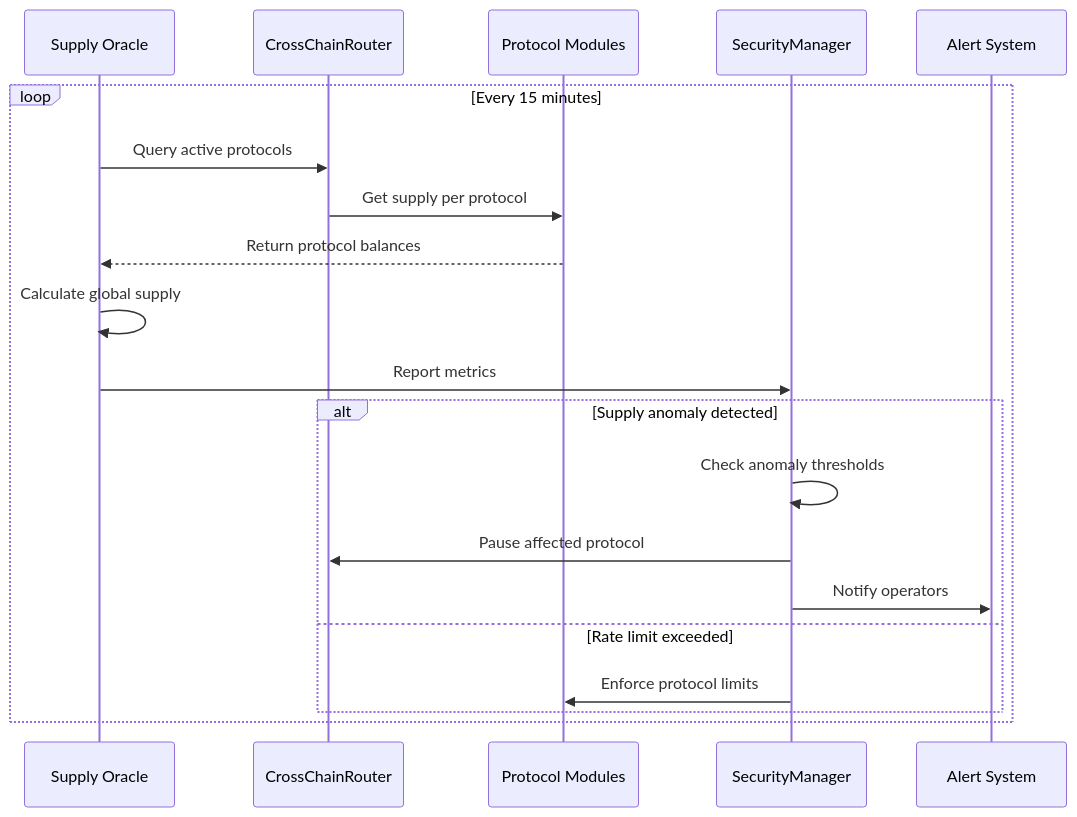
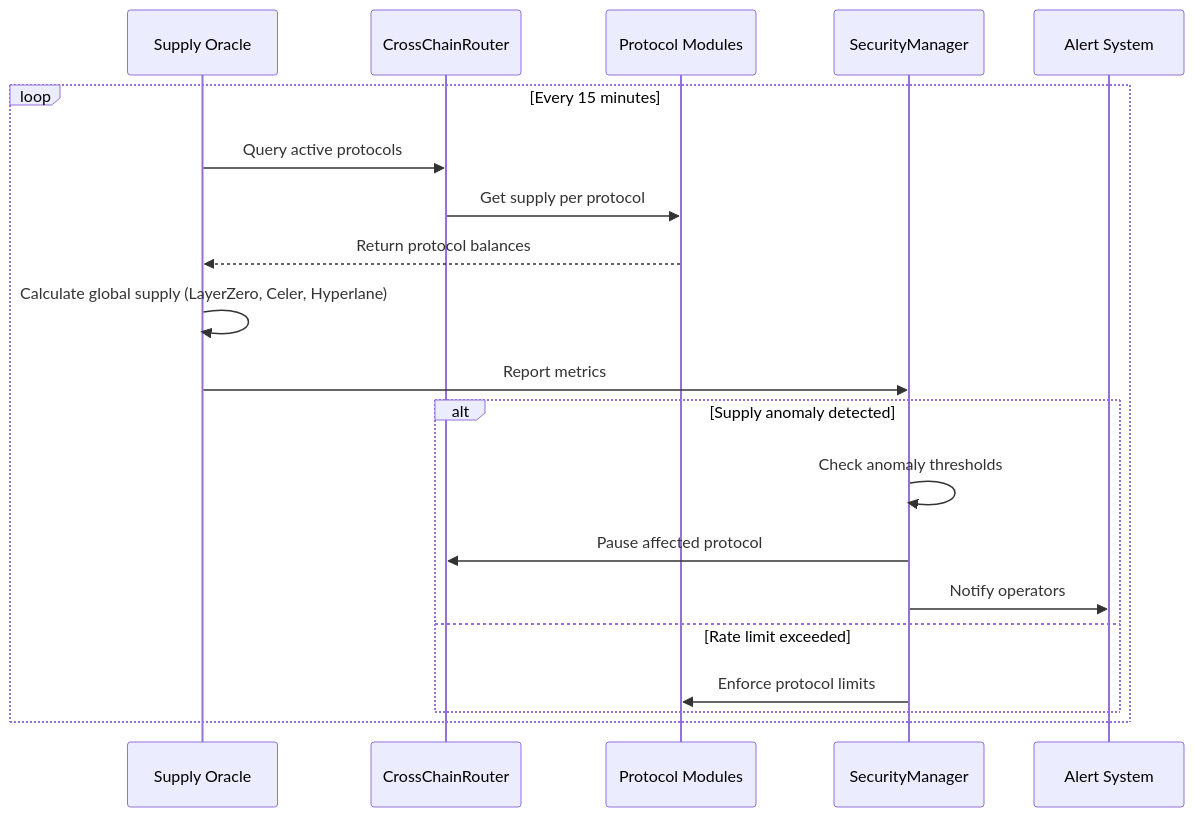
One commit to lookcard-dev/lookcoin-contract changed the seventh of 9 diagrams in docs/TECHNICAL.md. Above: the diagram before and after it, drawn with Mermaid. The commit also changed other lines of this file and 82 other files, not shown here.

First line of the commit message:
Enhance cross-chain functionality and modular architecture

````diff
--- a/docs/TECHNICAL.md
+++ b/docs/TECHNICAL.md
@@ -265,23 +229,23 @@
 ```mermaid
 sequenceDiagram
     participant Oracle as Supply Oracle
     participant Router as CrossChainRouter
     participant Modules as Protocol Modules
     participant SM as SecurityManager
     participant Alert as Alert System
 
     loop Every 15 minutes
         Oracle->>Router: Query active protocols
         Router->>Modules: Get supply per protocol
         Modules-->>Oracle: Return protocol balances
-        Oracle->>Oracle: Calculate global supply
+        Oracle->>Oracle: Calculate global supply (LayerZero, Celer, Hyperlane)
         Oracle->>SM: Report metrics
         alt Supply anomaly detected
             SM->>SM: Check anomaly thresholds
             SM->>Router: Pause affected protocol
             SM->>Alert: Notify operators
         else Rate limit exceeded
             SM->>Modules: Enforce protocol limits
         end
     end
 ```
````
